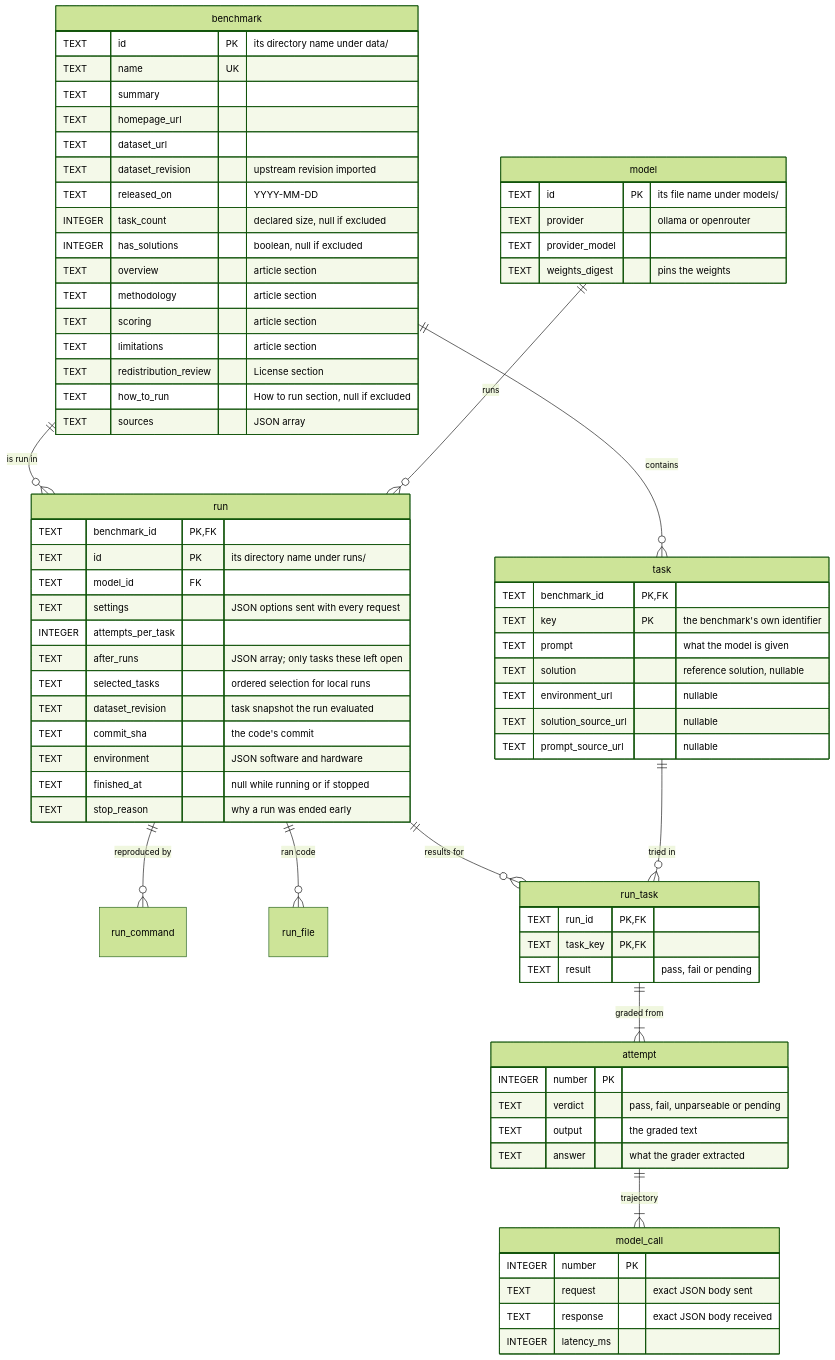
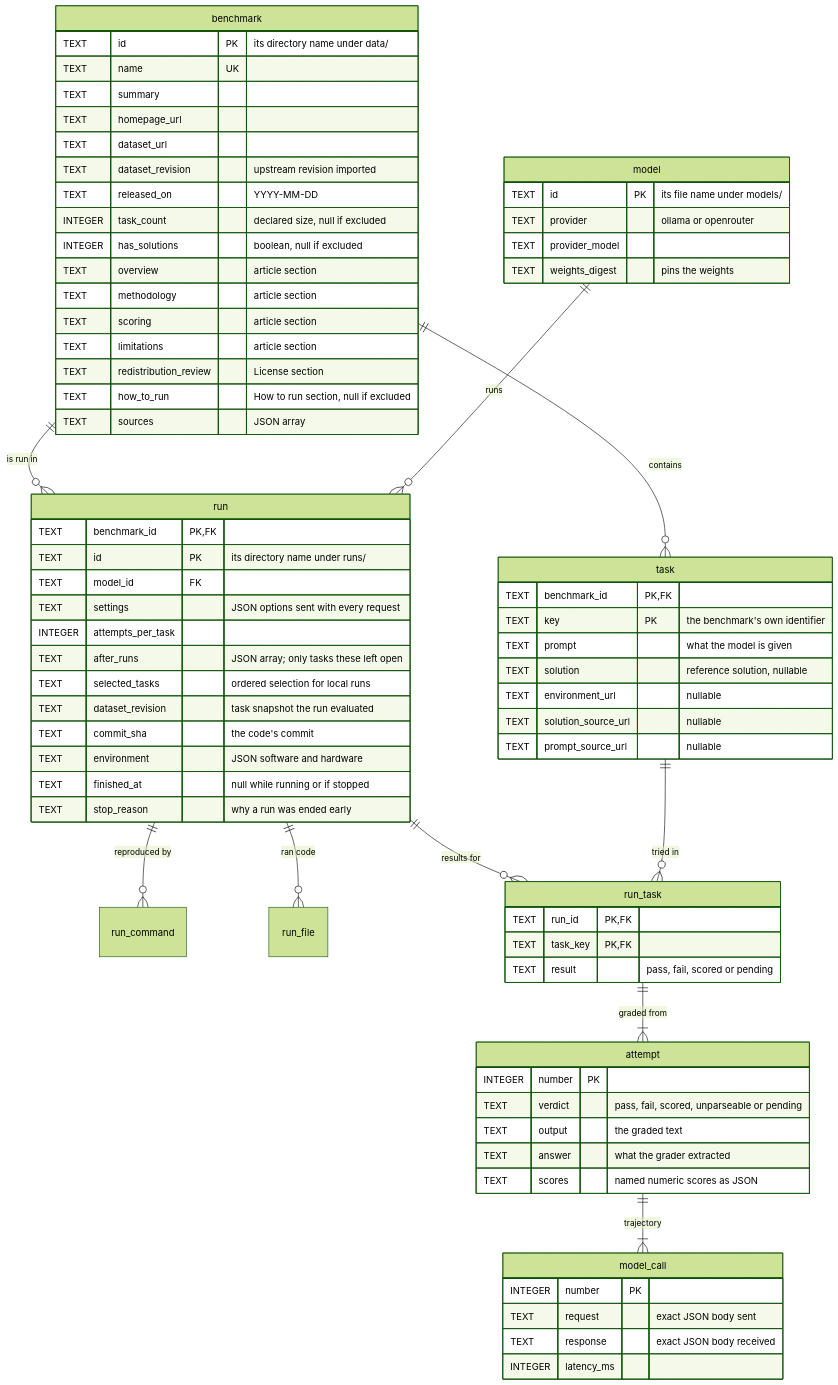
The diagram in README.md (khooeee/benchopedia), drawn with Mermaid (forest theme) before and after one commit. The commit also changed other lines of this file and 19 other files, not shown here.

````diff
--- a/README.md
+++ b/README.md
@@ -44,77 +44,78 @@
 ```mermaid
 erDiagram
     benchmark ||--o{ task : contains
     benchmark ||--o{ run : "is run in"
     model ||--o{ run : runs
     run ||--o{ run_command : "reproduced by"
     run ||--o{ run_file : "ran code"
     run ||--o{ run_task : "results for"
     task ||--o{ run_task : "tried in"
     run_task ||--|{ attempt : "graded from"
     attempt ||--|{ model_call : trajectory
 
     benchmark {
         TEXT id PK "its directory name under data/"
         TEXT name UK
         TEXT summary
         TEXT homepage_url
         TEXT dataset_url
         TEXT dataset_revision "upstream revision imported"
         TEXT released_on "YYYY-MM-DD"
         INTEGER task_count "declared size, null if excluded"
         INTEGER has_solutions "boolean, null if excluded"
         TEXT overview "article section"
         TEXT methodology "article section"
         TEXT scoring "article section"
         TEXT limitations "article section"
         TEXT redistribution_review "License section"
         TEXT how_to_run "How to run section, null if excluded"
         TEXT sources "JSON array"
     }
     task {
         TEXT benchmark_id PK, FK
         TEXT key PK "the benchmark's own identifier"
         TEXT prompt "what the model is given"
         TEXT solution "reference solution, nullable"
         TEXT environment_url "nullable"
         TEXT solution_source_url "nullable"
         TEXT prompt_source_url "nullable"
     }
     model {
         TEXT id PK "its file name under models/"
         TEXT provider "ollama or openrouter"
         TEXT provider_model
         TEXT weights_digest "pins the weights"
     }
     run {
         TEXT benchmark_id PK, FK
         TEXT id PK "its directory name under runs/"
         TEXT model_id FK
         TEXT settings "JSON options sent with every request"
         INTEGER attempts_per_task
         TEXT after_runs "JSON array; only tasks these left open"
         TEXT selected_tasks "ordered selection for local runs"
         TEXT dataset_revision "task snapshot the run evaluated"
         TEXT commit_sha "the code's commit"
         TEXT environment "JSON software and hardware"
         TEXT finished_at "null while running or if stopped"
         TEXT stop_reason "why a run was ended early"
     }
     run_task {
         TEXT run_id PK, FK
         TEXT task_key PK, FK
-        TEXT result "pass, fail or pending"
+        TEXT result "pass, fail, scored or pending"
     }
     attempt {
         INTEGER number PK
-        TEXT verdict "pass, fail, unparseable or pending"
+        TEXT verdict "pass, fail, scored, unparseable or pending"
         TEXT output "the graded text"
         TEXT answer "what the grader extracted"
+        TEXT scores "named numeric scores as JSON"
     }
     model_call {
         INTEGER number PK
         TEXT request "exact JSON body sent"
         TEXT response "exact JSON body received"
         INTEGER latency_ms
     }
 ```
````
